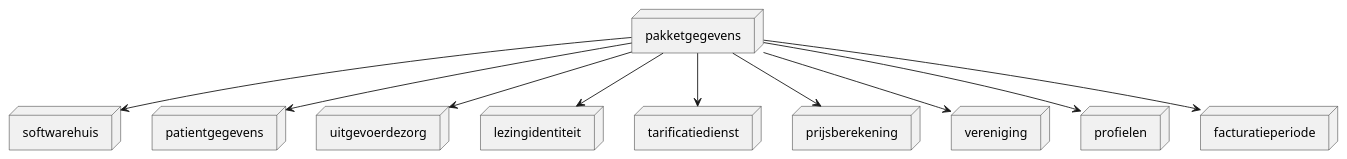
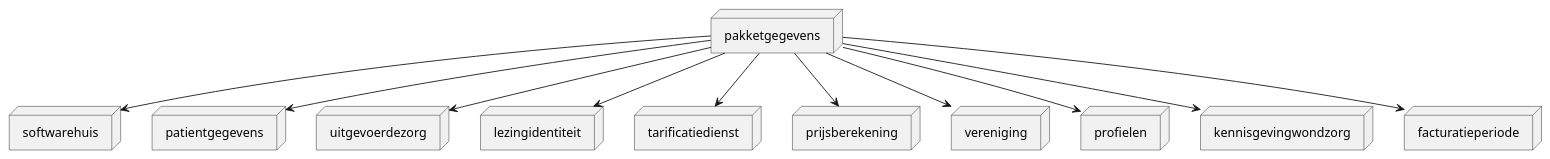
Before and after one commit to TDM3bv/tdm3-docs: the diagram in docs/nurse/README.md, drawn with PlantUML. The commit also changed other lines of this file and 1 other file, not shown here.

Commit message:
toevoegen node kennisgevingwondzorg

```diff
--- a/docs/nurse/README.md
+++ b/docs/nurse/README.md
@@ -6,23 +6,24 @@
 @startuml
 node p as "pakketgegevens"
 node s as "softwarehuis"
 node pat as "patientgegevens"
 node zorg as "uitgevoerdezorg"
 node lez as "lezingidentiteit"
 node tar as "tarificatiedienst"
 node pr as "prijsberekening"
 node ver as "vereniging"
 node prof as "profielen"
+node wz as "kennisgevingwondzorg"
 node fac as "facturatieperiode"
 
 p --> s
 p --> pat
 p --> zorg
 p --> lez
 p --> tar
 p --> fac
 p --> pr
 p --> ver
 p --> prof
-
+p --> wz
 @enduml
```
